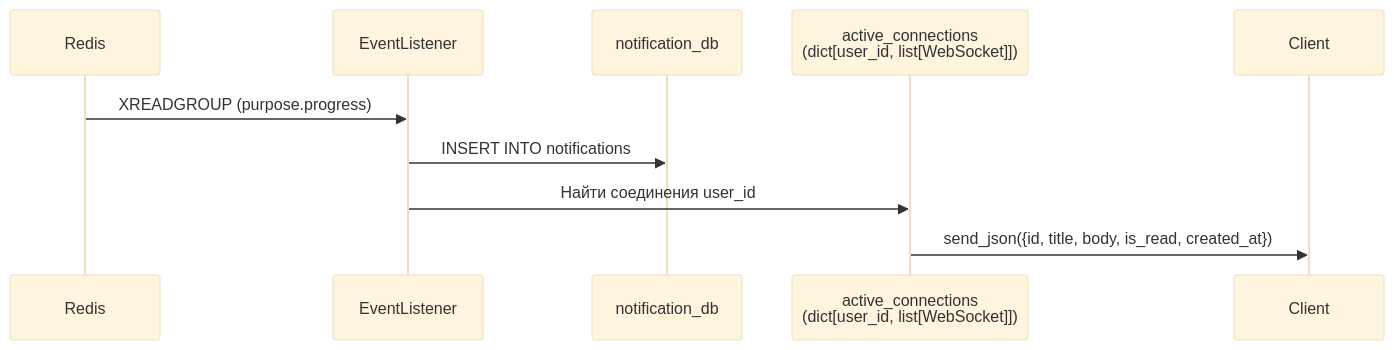
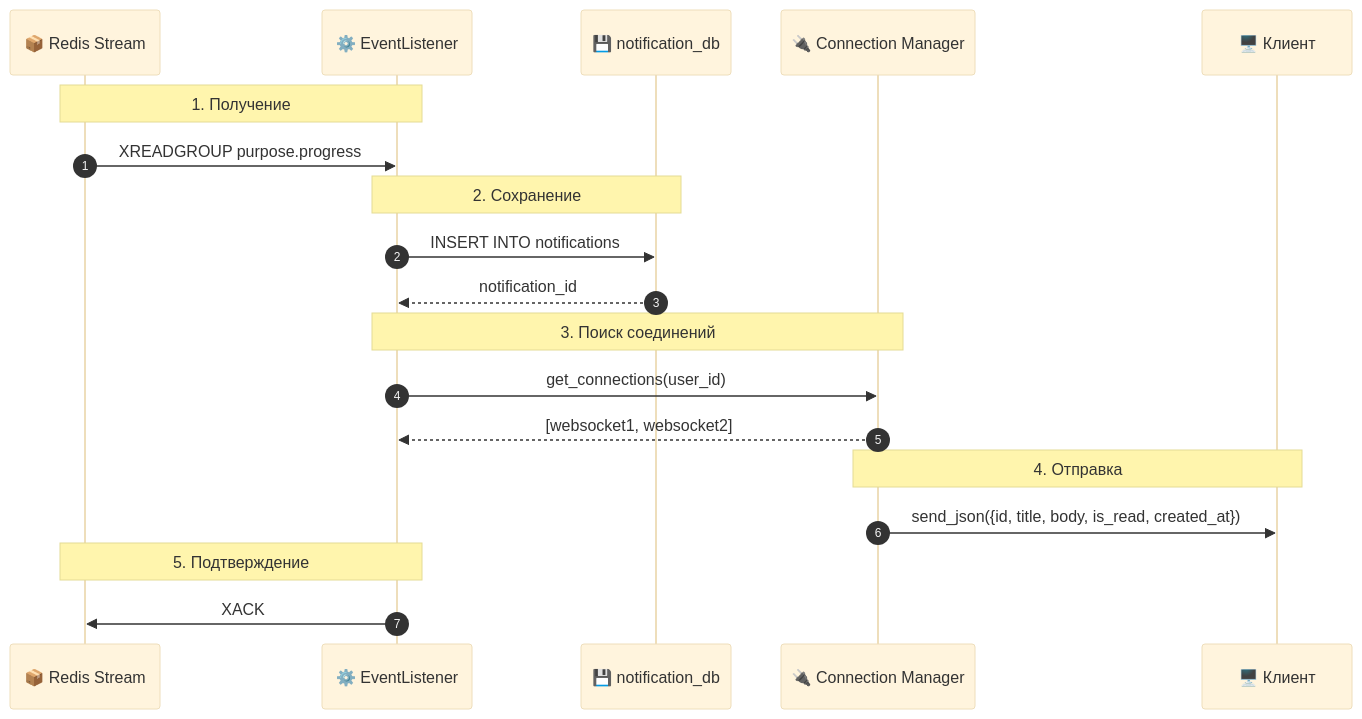
The second of 2 diagrams in docs/architecture/event-system.md (Alekcey5977/smart-budget-backend), drawn with Mermaid (base theme) before and after one commit. The commit also changed other lines of this file and 10 other files, not shown here.

````diff
--- a/docs/architecture/event-system.md
+++ b/docs/architecture/event-system.md
@@ -138,13 +147,26 @@
 ```mermaid
 sequenceDiagram
-    participant Redis
-    participant EL as EventListener
-    participant DB as notification_db
-    participant WS as active_connections<br/>(dict[user_id, list[WebSocket]])
-    participant Client
+    autonumber
+    participant Redis as 📦 Redis Stream
+    participant EL as ⚙️ EventListener
+    participant DB as 💾 notification_db
+    participant WS as 🔌 Connection Manager
+    participant Client as 🖥️ Клиент
 
-    Redis->>EL: XREADGROUP (purpose.progress)
+    Note over Redis,EL: 1. Получение
+    Redis->>EL: XREADGROUP purpose.progress
+    
+    Note over EL,DB: 2. Сохранение
     EL->>DB: INSERT INTO notifications
-    EL->>WS: Найти соединения user_id
+    DB-->>EL: notification_id
+    
+    Note over EL,WS: 3. Поиск соединений
+    EL->>WS: get_connections(user_id)
+    WS-->>EL: [websocket1, websocket2]
+    
+    Note over WS,Client: 4. Отправка
     WS->>Client: send_json({id, title, body, is_read, created_at})
+    
+    Note over EL,Redis: 5. Подтверждение
+    EL->>Redis: XACK
 ```
````
